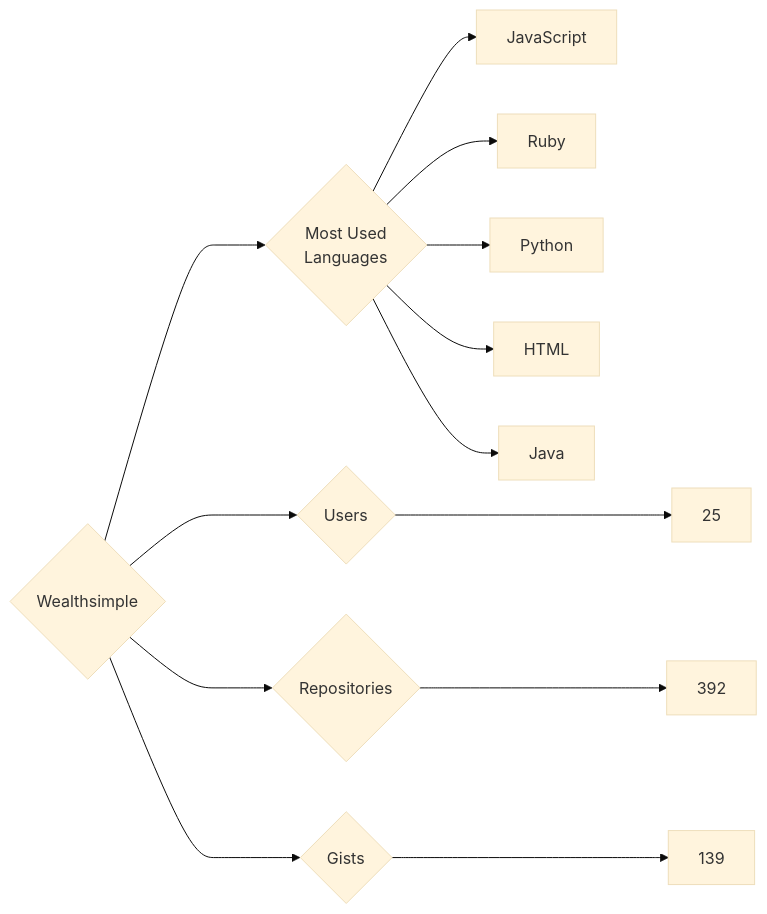
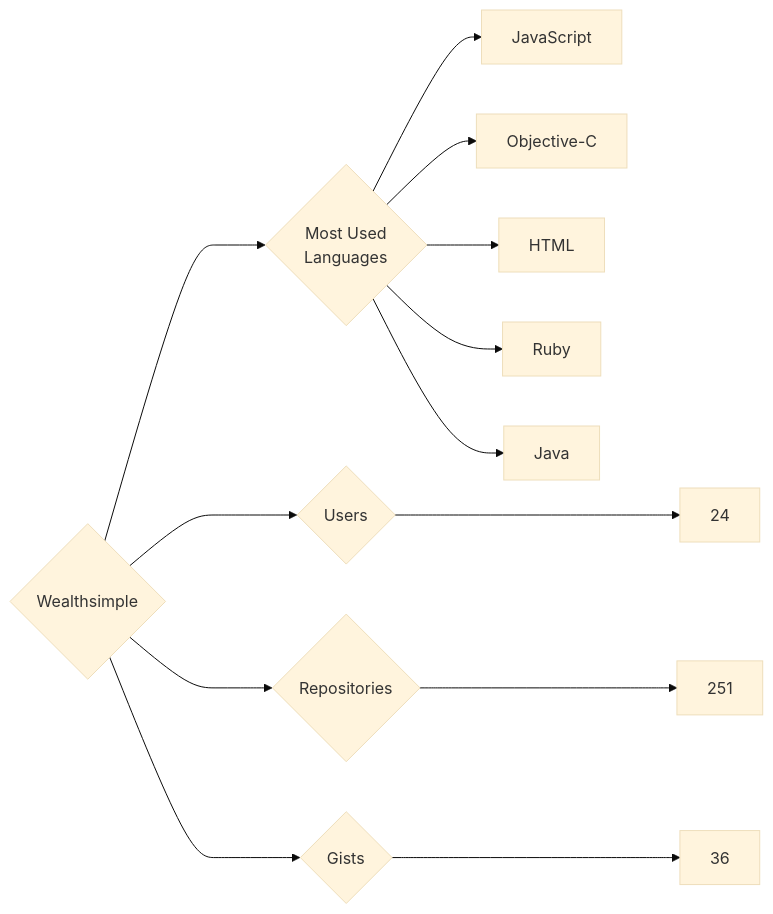
Before and after one commit to trickest/insiders: the diagram in targets/Wealthsimple/README.md, drawn with Mermaid (base theme). The commit also changed 582 other files, not shown here.

````diff
--- a/targets/Wealthsimple/README.md
+++ b/targets/Wealthsimple/README.md
@@ -3,13 +3,13 @@
 ```mermaid
 graph LR
 COMPANY_NAME{Wealthsimple}
-COMPANY_NAME ---> U{Users} ---> UN[25]
-COMPANY_NAME ---> R{Repositories} ---> RN[392]
-COMPANY_NAME ---> G{Gists} ---> GN[139]
+COMPANY_NAME ---> U{Users} ---> UN[24]
+COMPANY_NAME ---> R{Repositories} ---> RN[251]
+COMPANY_NAME ---> G{Gists} ---> GN[36]
 COMPANY_NAME ---> ML{Most Used<br>Languages}
 ML --> JavaScript[JavaScript]
+ML --> Objective-C[Objective-C]
+ML --> HTML[HTML]
 ML --> Ruby[Ruby]
-ML --> Python[Python]
-ML --> HTML[HTML]
 ML --> Java[Java]
 ```
````
